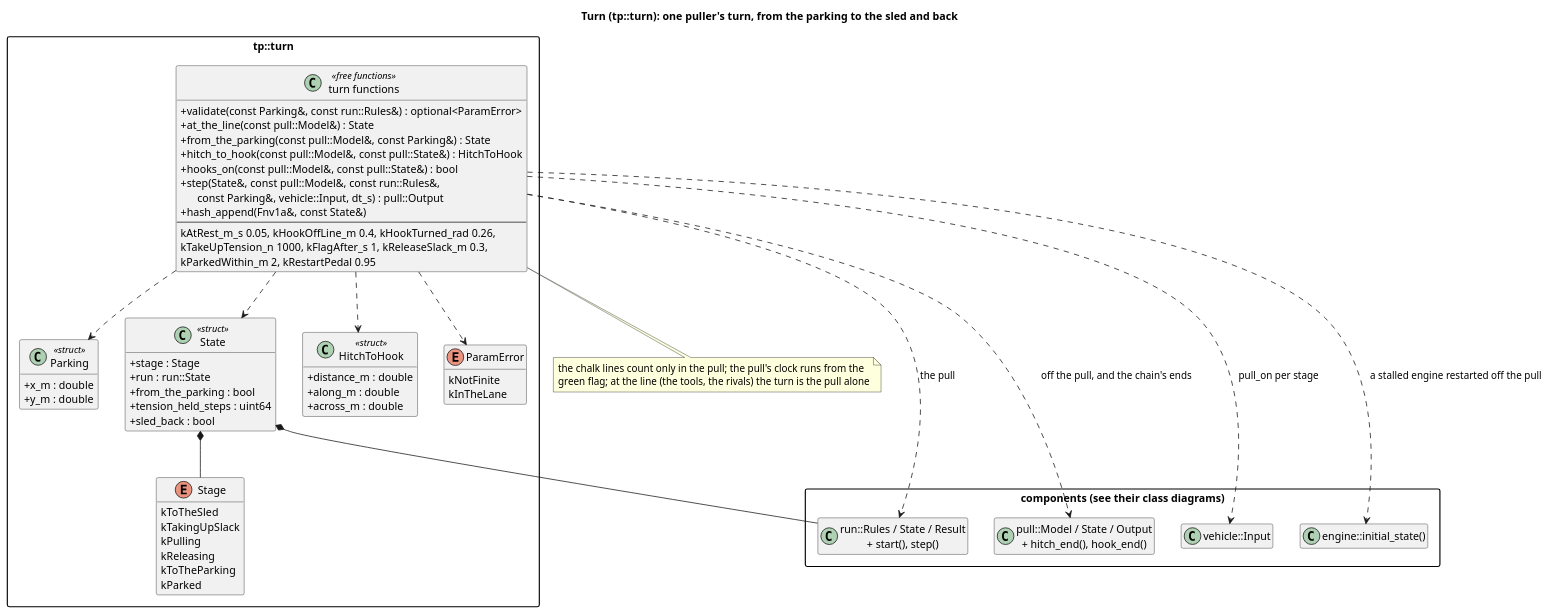
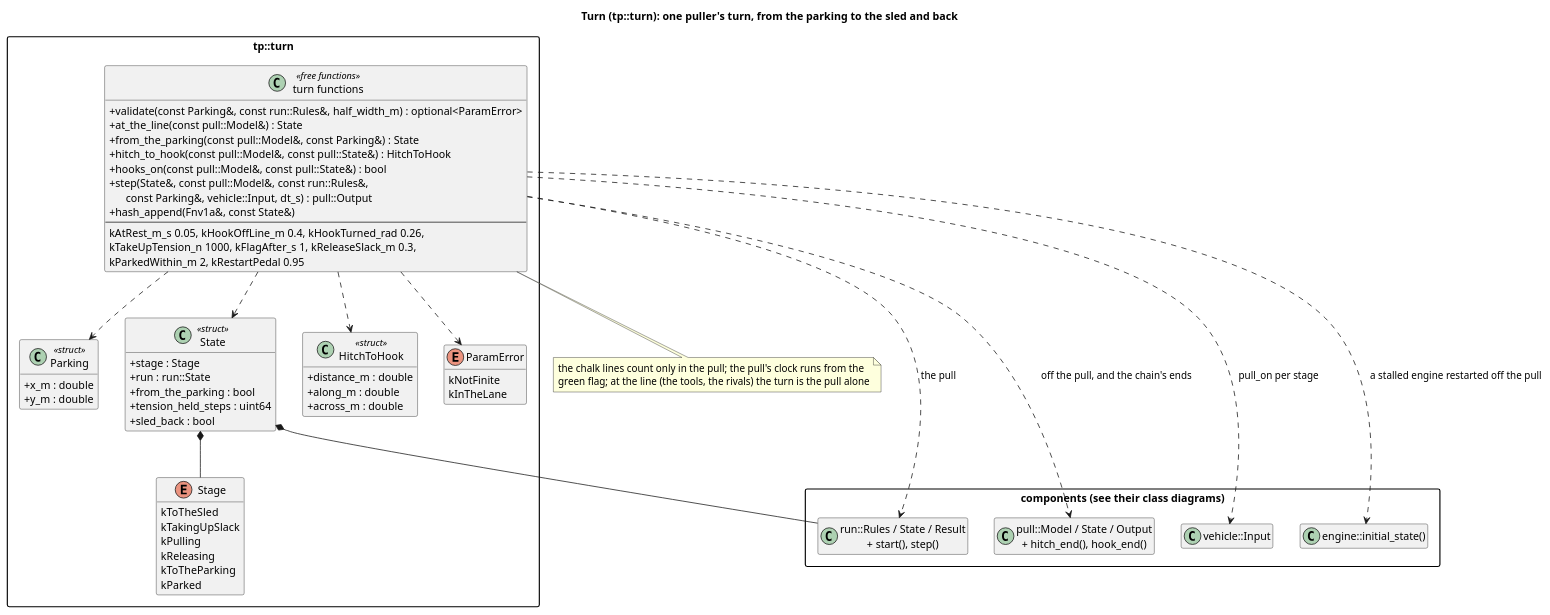
One commit to wversteeg/TractorPulling changed the diagram in docs/diagrams/turn_classes.puml. Above: the diagram before and after it, drawn with PlantUML. The commit also changed 9 other files, not shown here.

```diff
--- a/docs/diagrams/turn_classes.puml
+++ b/docs/diagrams/turn_classes.puml
@@ -1,71 +1,71 @@
 @startuml turn_classes
 title Turn (tp::turn): one puller's turn, from the parking to the sled and back
 hide empty members
 skinparam packageStyle rectangle
 skinparam classAttributeIconSize 0
 
 package "components (see their class diagrams)" {
   class "run::Rules / State / Result\n+ start(), step()" as Run
   class "pull::Model / State / Output\n+ hitch_end(), hook_end()" as Pull
   class "vehicle::Input" as Input
   class "engine::initial_state()" as Engine
 }
 
 package "tp::turn" {
   enum Stage {
     kToTheSled
     kTakingUpSlack
     kPulling
     kReleasing
     kToTheParking
     kParked
   }
   class Parking <<struct>> {
     +x_m : double
     +y_m : double
   }
   class State <<struct>> {
     +stage : Stage
     +run : run::State
     +from_the_parking : bool
     +tension_held_steps : uint64
     +sled_back : bool
   }
   class HitchToHook <<struct>> {
     +distance_m : double
     +along_m : double
     +across_m : double
   }
   enum ParamError {
     kNotFinite
     kInTheLane
   }
   class "turn functions" as TurnFns <<free functions>> {
-    +validate(const Parking&, const run::Rules&) : optional<ParamError>
+    +validate(const Parking&, const run::Rules&, half_width_m) : optional<ParamError>
     +at_the_line(const pull::Model&) : State
     +from_the_parking(const pull::Model&, const Parking&) : State
     +hitch_to_hook(const pull::Model&, const pull::State&) : HitchToHook
     +hooks_on(const pull::Model&, const pull::State&) : bool
     +step(State&, const pull::Model&, const run::Rules&,\n      const Parking&, vehicle::Input, dt_s) : pull::Output
     +hash_append(Fnv1a&, const State&)
     --
     kAtRest_m_s 0.05, kHookOffLine_m 0.4, kHookTurned_rad 0.26,
     kTakeUpTension_n 1000, kFlagAfter_s 1, kReleaseSlack_m 0.3,
     kParkedWithin_m 2, kRestartPedal 0.95
   }
   State *-- Stage
   TurnFns ..> State
   TurnFns ..> Parking
   TurnFns ..> HitchToHook
   TurnFns ..> ParamError
 }
 State *-- Run
 TurnFns ..> Run : the pull
 TurnFns ..> Pull : off the pull, and the chain's ends
 TurnFns ..> Input : pull_on per stage
 TurnFns ..> Engine : a stalled engine restarted off the pull
 note bottom of TurnFns
   the chalk lines count only in the pull; the pull's clock runs from the
   green flag; at the line (the tools, the rivals) the turn is the pull alone
 end note
 @enduml
```
